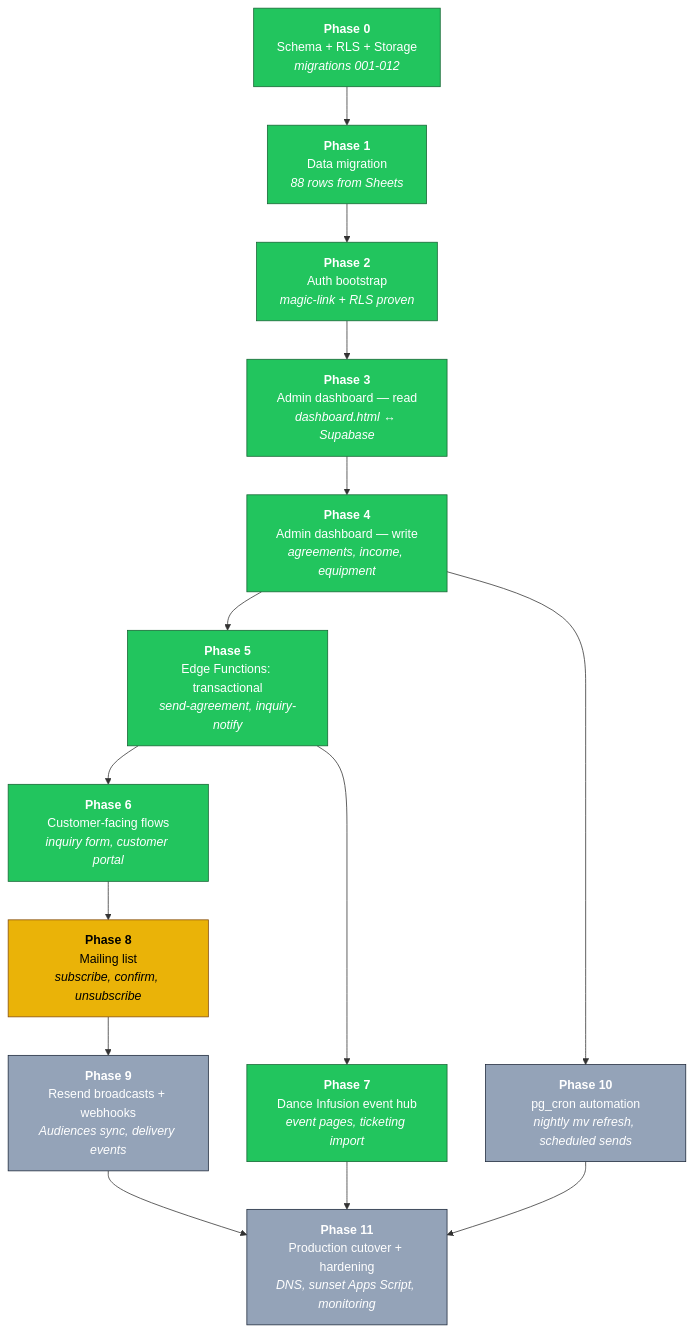
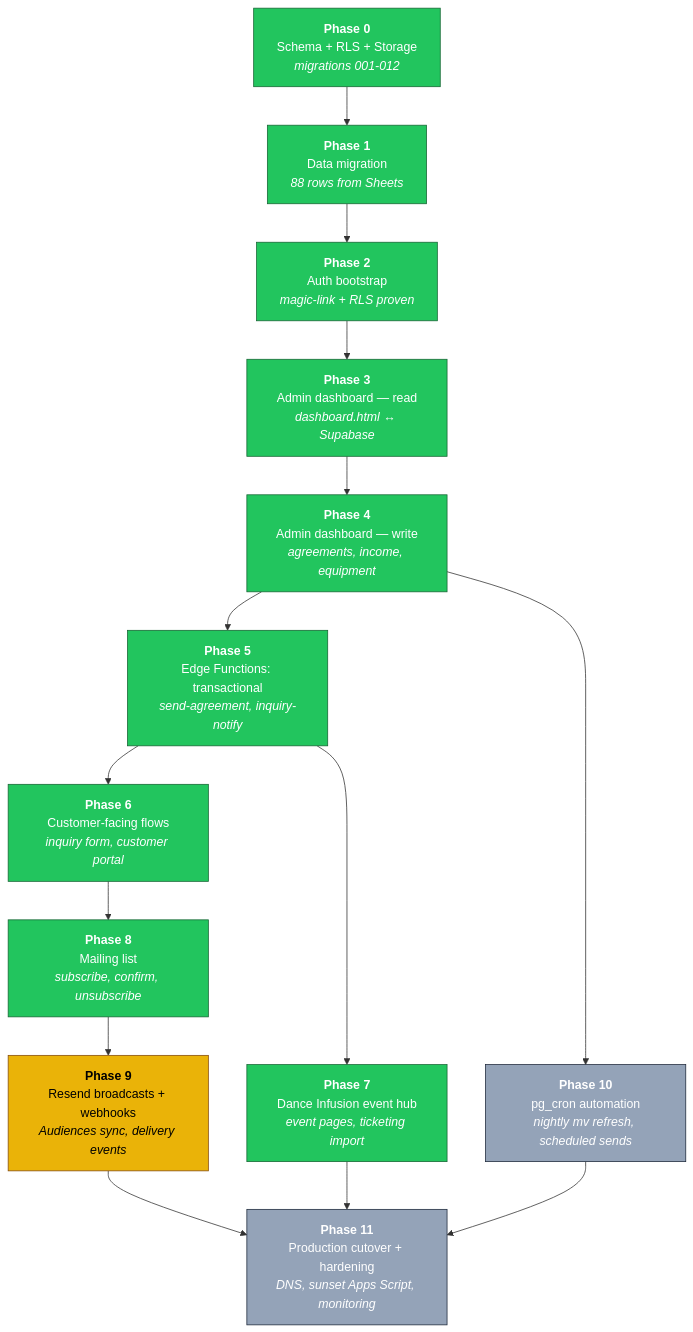
One commit to Berkythe4/comewith changed the first of 2 diagrams in ROADMAP.md. Above: the diagram before and after it, drawn with Mermaid. The commit also changed other lines of this file and 2 other files, not shown here.

Commit message:
Phase 8 sprint 4 + close: subscribers admin tab + roadmap update
dashboard-v2 grew a Subscribers tab (Email / Name / Status /
Segments / Source / Confirmed). PostgREST embeds subscriber_segments
to comma-list segment tags inline. Status badges for the 5
states (subscribed/unsubscribed/pending/bounced/complained).

ROADMAP + roadmap.html marked P8 done, P9 next.

````diff
--- a/ROADMAP.md
+++ b/ROADMAP.md
@@ -21,33 +21,33 @@
 ```mermaid
 flowchart TD
     classDef done fill:#22c55e,stroke:#166534,color:#fff
     classDef next fill:#eab308,stroke:#854d0e,color:#000
     classDef planned fill:#94a3b8,stroke:#1e293b,color:#fff
 
     P0["<b>Phase 0</b><br/>Schema + RLS + Storage<br/><i>migrations 001-012</i>"]
     P1["<b>Phase 1</b><br/>Data migration<br/><i>88 rows from Sheets</i>"]
     P2["<b>Phase 2</b><br/>Auth bootstrap<br/><i>magic-link + RLS proven</i>"]
     P3["<b>Phase 3</b><br/>Admin dashboard — read<br/><i>dashboard.html ↔ Supabase</i>"]
     P4["<b>Phase 4</b><br/>Admin dashboard — write<br/><i>agreements, income, equipment</i>"]
     P5["<b>Phase 5</b><br/>Edge Functions: transactional<br/><i>send-agreement, inquiry-notify</i>"]
     P6["<b>Phase 6</b><br/>Customer-facing flows<br/><i>inquiry form, customer portal</i>"]
     P7["<b>Phase 7</b><br/>Dance Infusion event hub<br/><i>event pages, ticketing import</i>"]
     P8["<b>Phase 8</b><br/>Mailing list<br/><i>subscribe, confirm, unsubscribe</i>"]
     P9["<b>Phase 9</b><br/>Resend broadcasts + webhooks<br/><i>Audiences sync, delivery events</i>"]
     P10["<b>Phase 10</b><br/>pg_cron automation<br/><i>nightly mv refresh, scheduled sends</i>"]
     P11["<b>Phase 11</b><br/>Production cutover + hardening<br/><i>DNS, sunset Apps Script, monitoring</i>"]
 
     P0 --> P1 --> P2 --> P3 --> P4 --> P5
     P5 --> P6
     P5 --> P7
     P6 --> P8
     P8 --> P9
     P4 --> P10
     P9 --> P11
     P10 --> P11
     P7 --> P11
 
-    class P0,P1,P2,P3,P4,P5,P6,P7 done
-    class P8 next
-    class P9,P10,P11 planned
+    class P0,P1,P2,P3,P4,P5,P6,P7,P8 done
+    class P9 next
+    class P10,P11 planned
 ```
````
